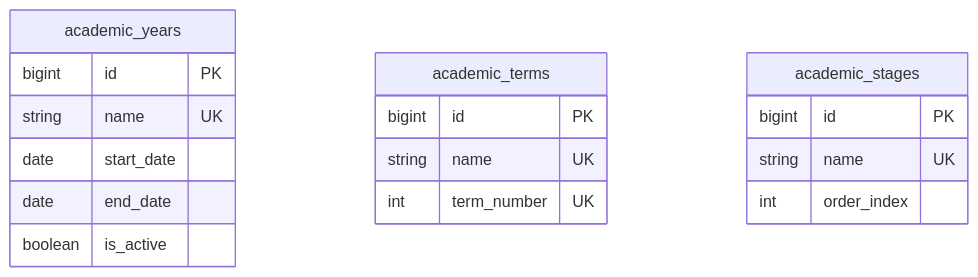
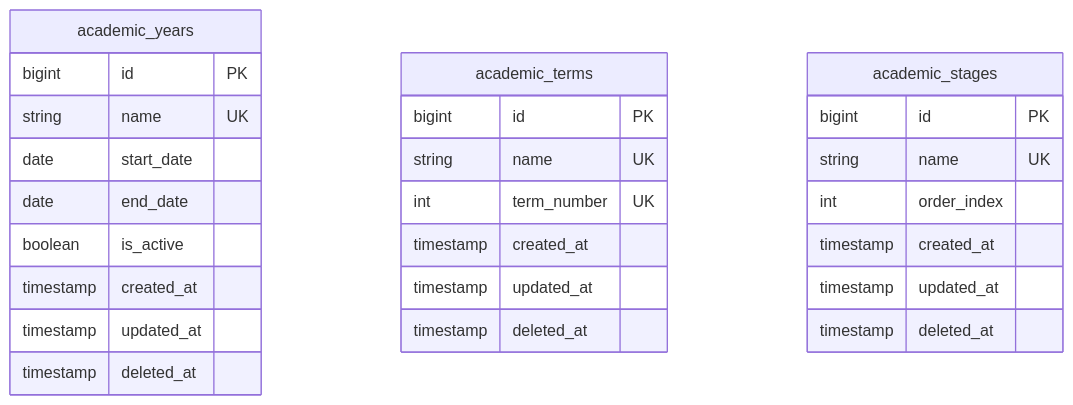
The diagram in MD/phases/phase_02_academic_structure_a/data.md (alalemusa98-ctrl/Taqniya-SMS), drawn with Mermaid before and after one commit. The commit also changed other lines of this file and 8 other files, not shown here.

````diff
--- a/MD/phases/phase_02_academic_structure_a/data.md
+++ b/MD/phases/phase_02_academic_structure_a/data.md
@@ -77,22 +108,31 @@
 ```mermaid
 erDiagram
     academic_years {
         bigint id PK
         string name UK
         date start_date
         date end_date
         boolean is_active
+        timestamp created_at
+        timestamp updated_at
+        timestamp deleted_at
     }
 
     academic_terms {
         bigint id PK
         string name UK
         int term_number UK
+        timestamp created_at
+        timestamp updated_at
+        timestamp deleted_at
     }
 
     academic_stages {
         bigint id PK
         string name UK
         int order_index
+        timestamp created_at
+        timestamp updated_at
+        timestamp deleted_at
     }
 ```
````
